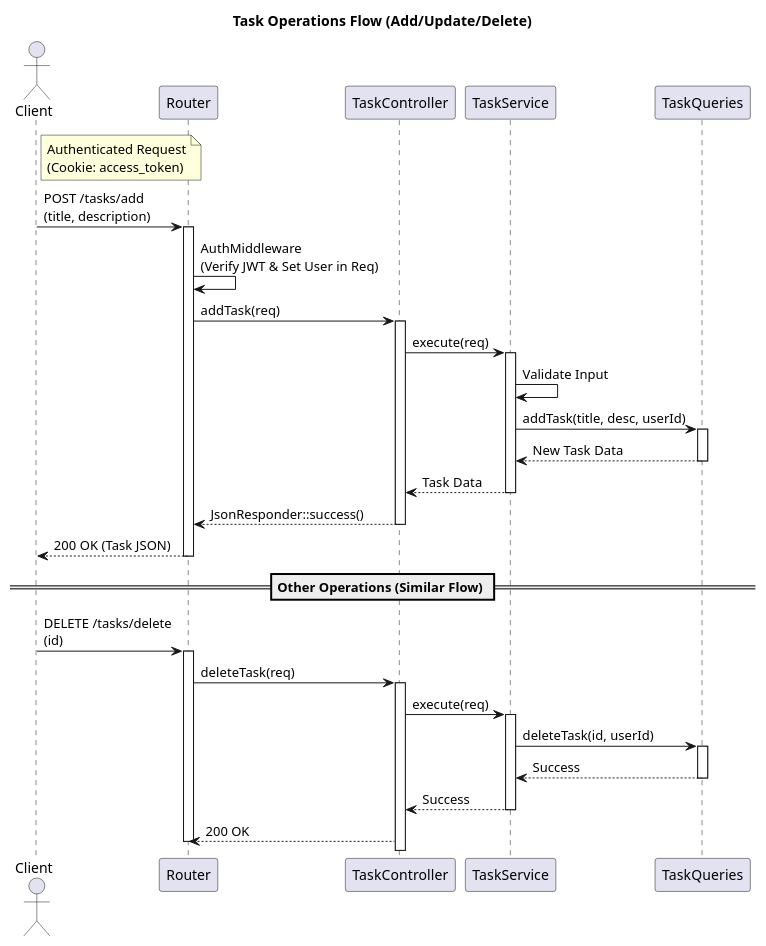
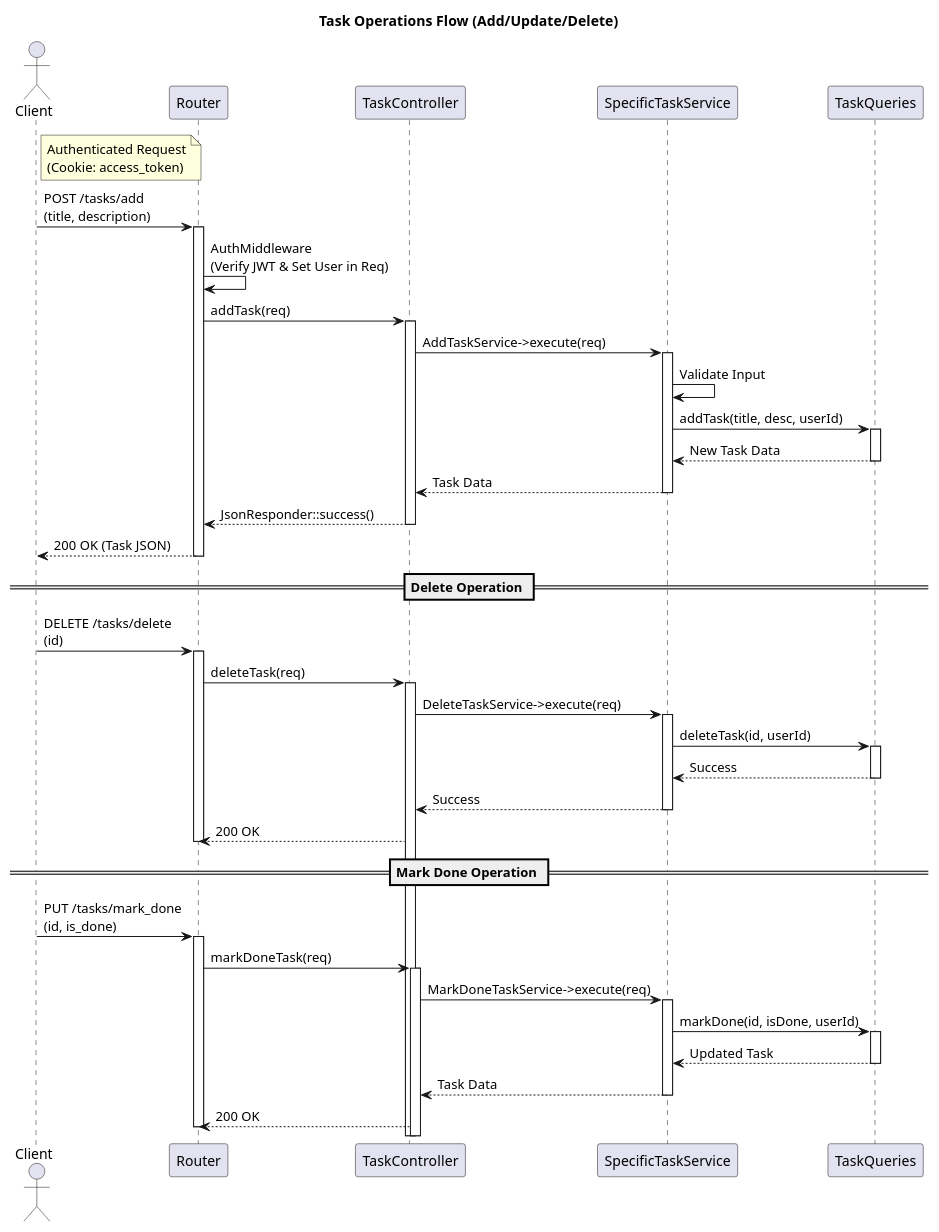
One commit to STaninnat/todo-php changed the diagram in docs/diagrams/src/backend-task-flow.puml. Above: the diagram before and after it, drawn with PlantUML. The commit also changed 4 other files, not shown here.

Commit message:
docs: update backend request flow to the ER diagram

```diff
--- a/docs/diagrams/src/backend-task-flow.puml
+++ b/docs/diagrams/src/backend-task-flow.puml
@@ -1,59 +1,76 @@
 @startuml backend-task-flow
 title Task Operations Flow (Add/Update/Delete)
 
 actor Client
 participant "Router" as Router
 participant "TaskController" as Ctrl
-participant "TaskService" as Service
+participant "SpecificTaskService" as Service
 participant "TaskQueries" as DB
 
 note right of Client
   Authenticated Request
   (Cookie: access_token)
 end note
 
 Client -> Router: POST /tasks/add\n(title, description)
 activate Router
 
 Router -> Router: AuthMiddleware\n(Verify JWT & Set User in Req)
 
 Router -> Ctrl: addTask(req)
 activate Ctrl
 
-Ctrl -> Service: execute(req)
+Ctrl -> Service: AddTaskService->execute(req)
 activate Service
 
 Service -> Service: Validate Input
 
 Service -> DB: addTask(title, desc, userId)
 activate DB
 DB --> Service: New Task Data
 deactivate DB
 
 Service --> Ctrl: Task Data
 deactivate Service
 
 Ctrl --> Router: JsonResponder::success()
 deactivate Ctrl
 
 Router --> Client: 200 OK (Task JSON)
 deactivate Router
 
-== Other Operations (Similar Flow) ==
+== Delete Operation ==
 
 Client -> Router: DELETE /tasks/delete\n(id)
 activate Router
 Router -> Ctrl: deleteTask(req)
 activate Ctrl
-Ctrl -> Service: execute(req)
+Ctrl -> Service: DeleteTaskService->execute(req)
 activate Service
 Service -> DB: deleteTask(id, userId)
 activate DB
 DB --> Service: Success
 deactivate DB
 Service --> Ctrl: Success
 deactivate Service
 Ctrl --> Router: 200 OK
 deactivate Router
 
+== Mark Done Operation ==
+
+Client -> Router: PUT /tasks/mark_done\n(id, is_done)
+activate Router
+Router -> Ctrl: markDoneTask(req)
+activate Ctrl
+Ctrl -> Service: MarkDoneTaskService->execute(req)
+activate Service
+Service -> DB: markDone(id, isDone, userId)
+activate DB
+DB --> Service: Updated Task
+deactivate DB
+Service --> Ctrl: Task Data
+deactivate Service
+Ctrl --> Router: 200 OK
+deactivate Router
+
 @enduml
```
